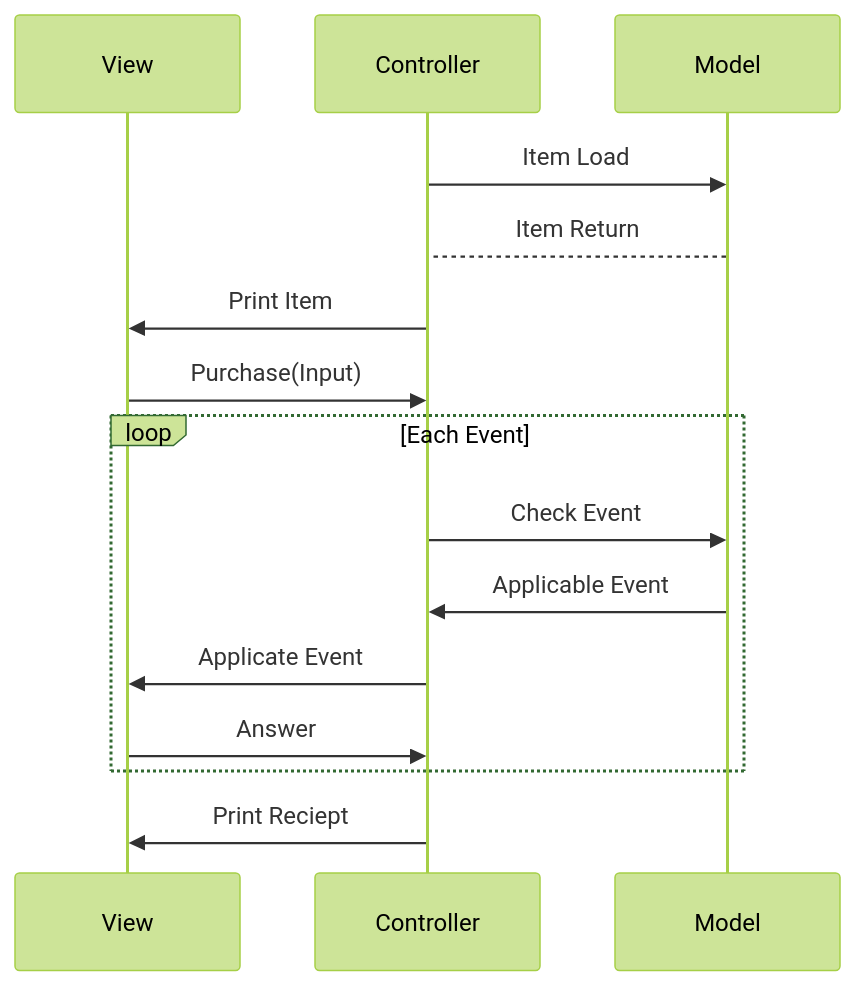
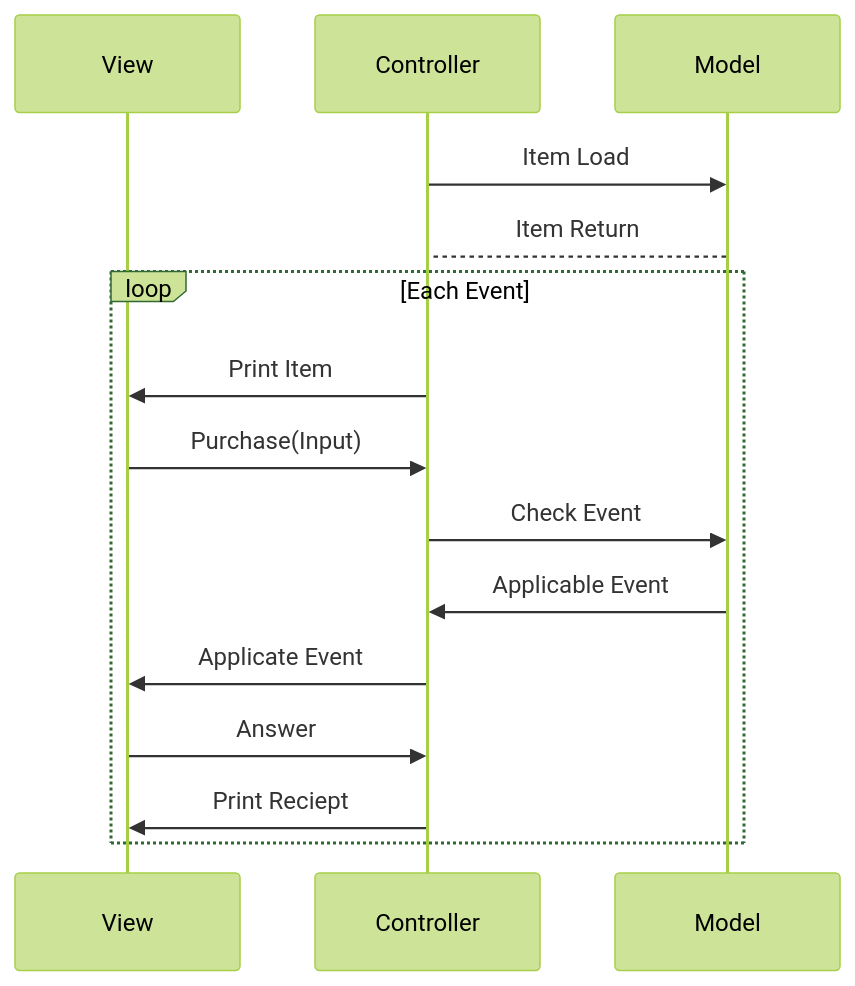
Before and after one commit to moongua404/java-convenience-store-7-moongua404: the diagram in README.md, drawn with Mermaid (forest theme). The commit also changed other lines of this file, not shown here.

````diff
--- a/README.md
+++ b/README.md
@@ -228,18 +228,18 @@
 ```mermaid
 sequenceDiagram
 	participant View
 	participant Controller
 	participant Model
 	
 	Controller->>Model: Item Load
 	Model-->Controller: Item Return
+	loop Each Event
 	Controller->>View: Print Item
 	View->>Controller: Purchase(Input)
-	loop Each Event
 		Controller->>Model: Check Event
 		Model->>Controller: Applicable Event
 		Controller->>View: Applicate Event
 		View->>Controller: Answer
+	Controller->>View: Print Reciept
 	end
-	Controller->>View: Print Reciept
 ```
````
